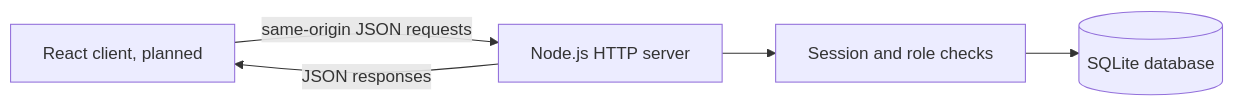
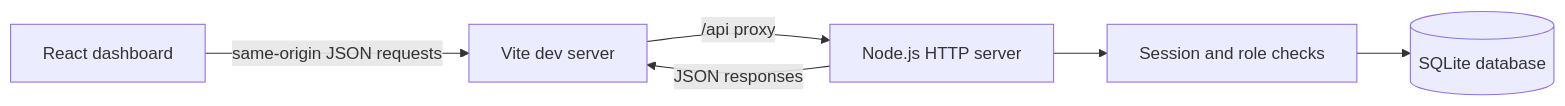
One commit to AshishKrPandey1234/newtonite-ops-23SCSE1011386 changed the first of 3 diagrams in README.md. Above: the diagram before and after it, drawn with Mermaid. The commit also changed other lines of this file and 8 other files, not shown here.

````diff
--- a/README.md
+++ b/README.md
@@ -35,7 +41,8 @@
 ```mermaid
 flowchart LR
-  Browser[React client, planned] -->|same-origin JSON requests| API[Node.js HTTP server]
+  Browser[React dashboard] -->|same-origin JSON requests| Vite[Vite dev server]
+  Vite -->|/api proxy| API[Node.js HTTP server]
   API --> Auth[Session and role checks]
   Auth --> DB[(SQLite database)]
-  API -->|JSON responses| Browser
+  API -->|JSON responses| Vite
 ```
````
